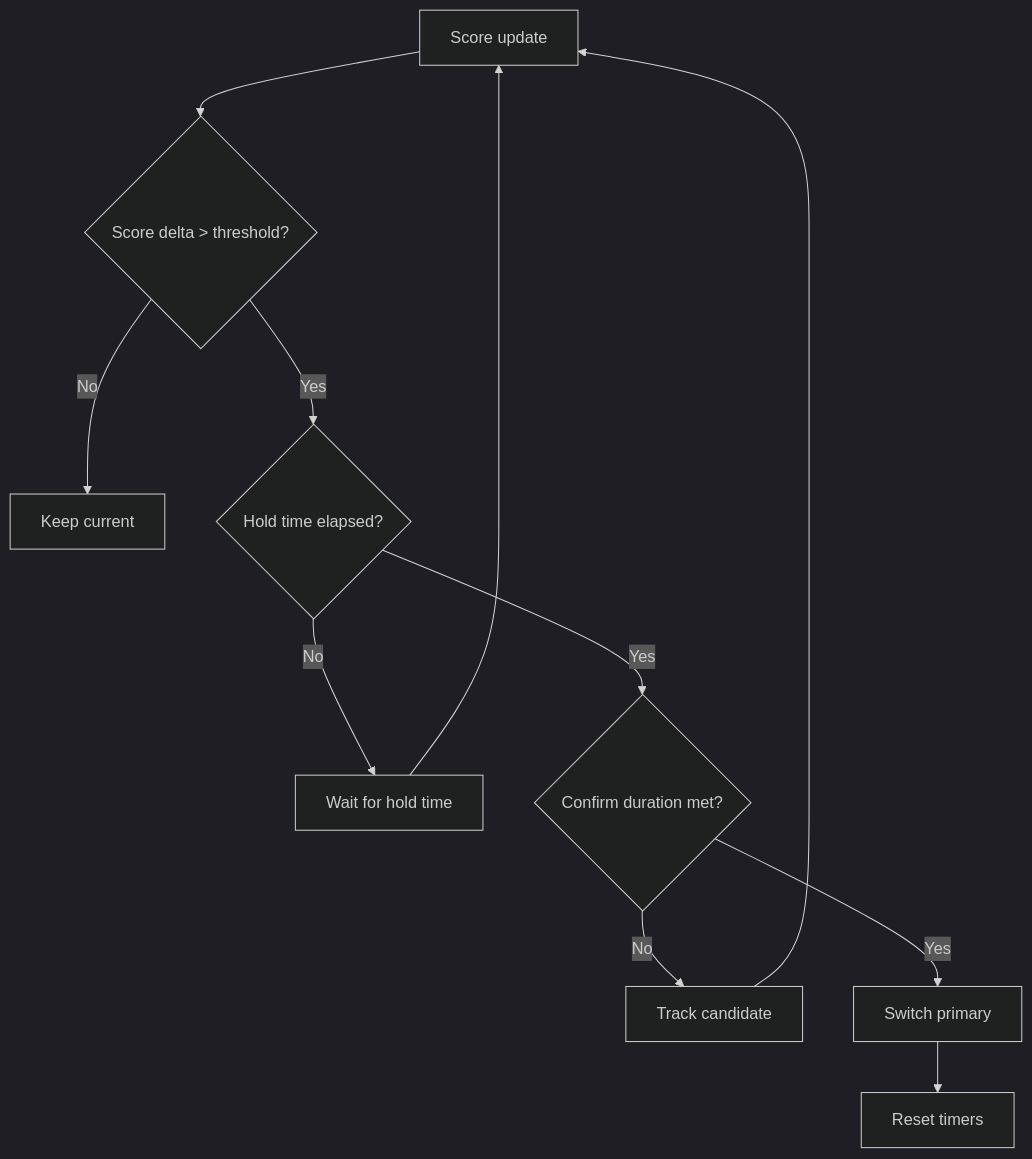
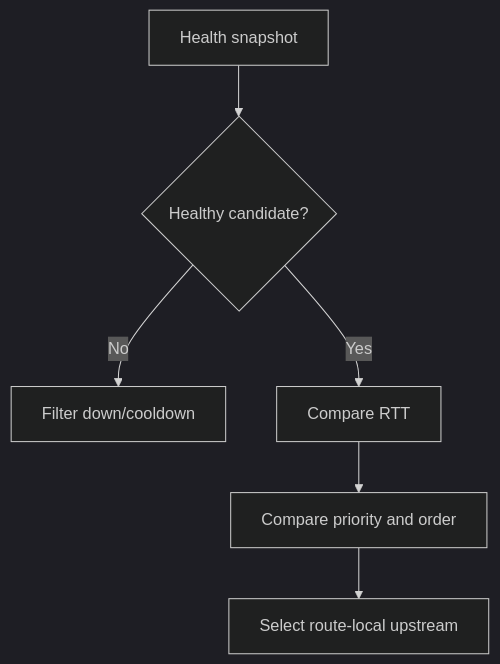
One commit to NodePath81/fbforward changed diagram 12 of 14 in doc/diagrams.md. Above: the diagram before and after it, drawn with Mermaid (dark theme). The commit also changed other lines of this file and 194 other files, not shown here.

````diff
--- a/doc/diagrams.md
+++ b/doc/diagrams.md
@@ -353,13 +348,8 @@
 ```mermaid
 flowchart TB
-    Start[Score update] --> Delta{Score delta > threshold?}
-    Delta -->|No| Stay[Keep current]
-    Delta -->|Yes| Hold{Hold time elapsed?}
-    Hold -->|No| Wait[Wait for hold time]
-    Wait --> Start
-    Hold -->|Yes| Confirm{Confirm duration met?}
-    Confirm -->|No| Track[Track candidate]
-    Track --> Start
-    Confirm -->|Yes| Switch[Switch primary]
-    Switch --> Reset[Reset timers]
+    Start[Health snapshot] --> Healthy{Healthy candidate?}
+    Healthy -->|No| Fallback[Filter down/cooldown]
+    Healthy -->|Yes| RTT[Compare RTT]
+    RTT --> Priority[Compare priority and order]
+    Priority --> Select[Select route-local upstream]
 ```
````
